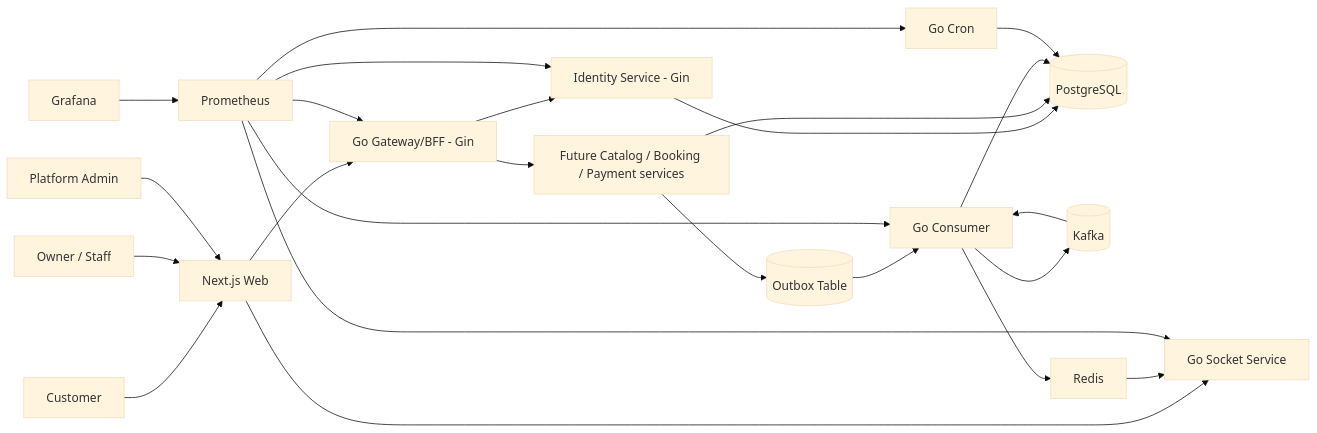
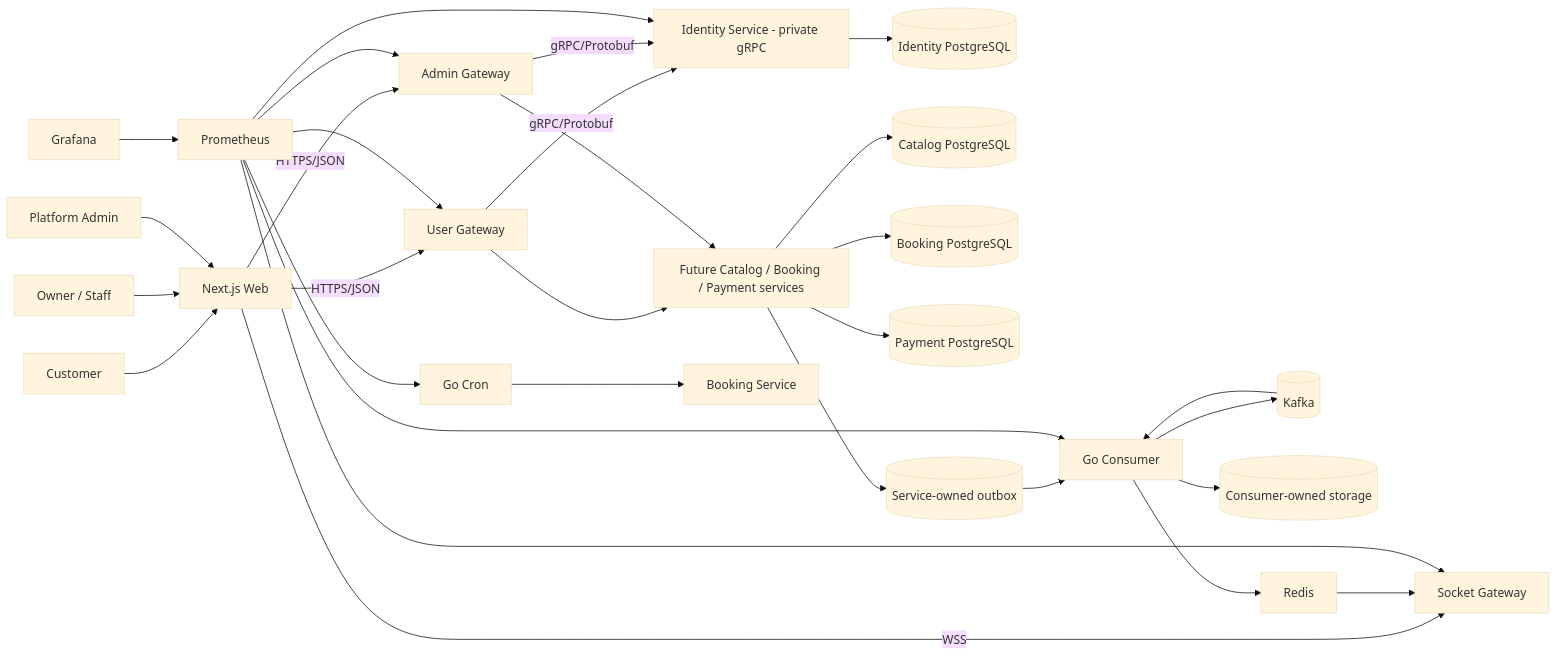
The diagram in docs/design/01-high-level-design.md (HoangQuan74/badminton-hub), drawn with Mermaid (base theme) before and after one commit. The commit also changed other lines of this file and 318 other files, not shown here.

````diff
--- a/docs/design/01-high-level-design.md
+++ b/docs/design/01-high-level-design.md
@@ -5,29 +5,35 @@
 ```mermaid
 flowchart LR
     Customer["Customer"] --> Web["Next.js Web"]
     Owner["Owner / Staff"] --> Web
     Admin["Platform Admin"] --> Web
 
-    Web --> Gateway["Go Gateway/BFF - Gin"]
-    Web --> Socket["Go Socket Service"]
-    Gateway --> Identity["Identity Service - Gin"]
-    Identity --> PG[(PostgreSQL)]
-    Gateway --> Future["Future Catalog / Booking / Payment services"]
-    Future --> PG
-    Future --> Outbox[(Outbox Table)]
+    Web -->|HTTPS/JSON| UserGateway["User Gateway"]
+    Web -->|HTTPS/JSON| AdminGateway["Admin Gateway"]
+    Web -->|WSS| Socket["Socket Gateway"]
+    UserGateway -->|gRPC/Protobuf| Identity["Identity Service - private gRPC"]
+    AdminGateway -->|gRPC/Protobuf| Identity
+    Identity --> IdentityDB[(Identity PostgreSQL)]
+    UserGateway --> Future["Future Catalog / Booking / Payment services"]
+    AdminGateway --> Future
+    Future --> CatalogDB[(Catalog PostgreSQL)]
+    Future --> BookingDB[(Booking PostgreSQL)]
+    Future --> PaymentDB[(Payment PostgreSQL)]
+    Future --> Outbox[(Service-owned outbox)]
 
     Outbox --> Consumer["Go Consumer"]
     Consumer --> Kafka[(Kafka)]
     Kafka --> Consumer
-    Consumer --> PG
+    Consumer --> ConsumerStore[(Consumer-owned storage)]
     Consumer --> Redis
-    Cron["Go Cron"] --> PG
+    Cron["Go Cron"] --> BookingService["Booking Service"]
     Redis --> Socket
 
-    Prometheus["Prometheus"] --> Gateway
+    Prometheus["Prometheus"] --> UserGateway
+    Prometheus --> AdminGateway
     Prometheus --> Identity
     Prometheus --> Socket
     Prometheus --> Consumer
     Prometheus --> Cron
     Grafana["Grafana"] --> Prometheus
 ```
````
